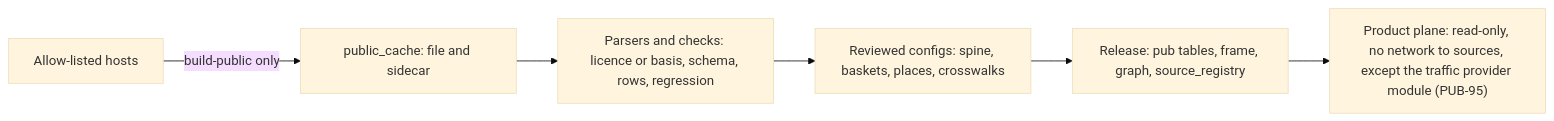
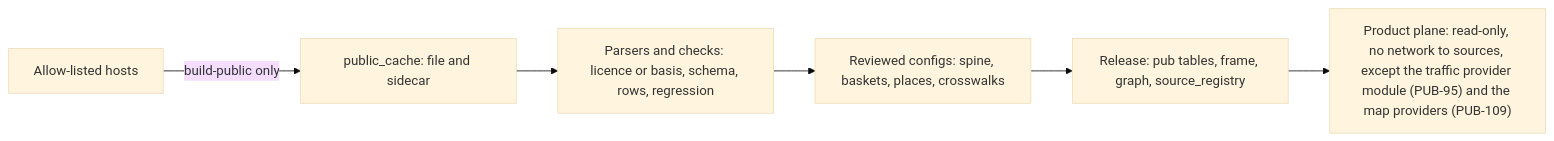
One commit to albarami/economic-investment-intelligence changed the diagram in docs/04_PUBLIC_DATA_PACK.md. Above: the diagram before and after it, drawn with Mermaid (base theme). The commit also changed other lines of this file and 25 other files, not shown here.

````diff
--- a/docs/04_PUBLIC_DATA_PACK.md
+++ b/docs/04_PUBLIC_DATA_PACK.md
@@ -98,8 +119,8 @@
 ```mermaid
 flowchart LR
   A["Allow-listed hosts"] -->|"build-public only"| B["public_cache: file and sidecar"]
   B --> C["Parsers and checks: licence or basis, schema, rows, regression"]
   C --> D["Reviewed configs: spine, baskets, places, crosswalks"]
   D --> E["Release: pub tables, frame, graph, source_registry"]
-  E --> F["Product plane: read-only, no network to sources, except the traffic provider module (PUB-95)"]
+  E --> F["Product plane: read-only, no network to sources, except the traffic provider module (PUB-95) and the map providers (PUB-109)"]
 ```
````
